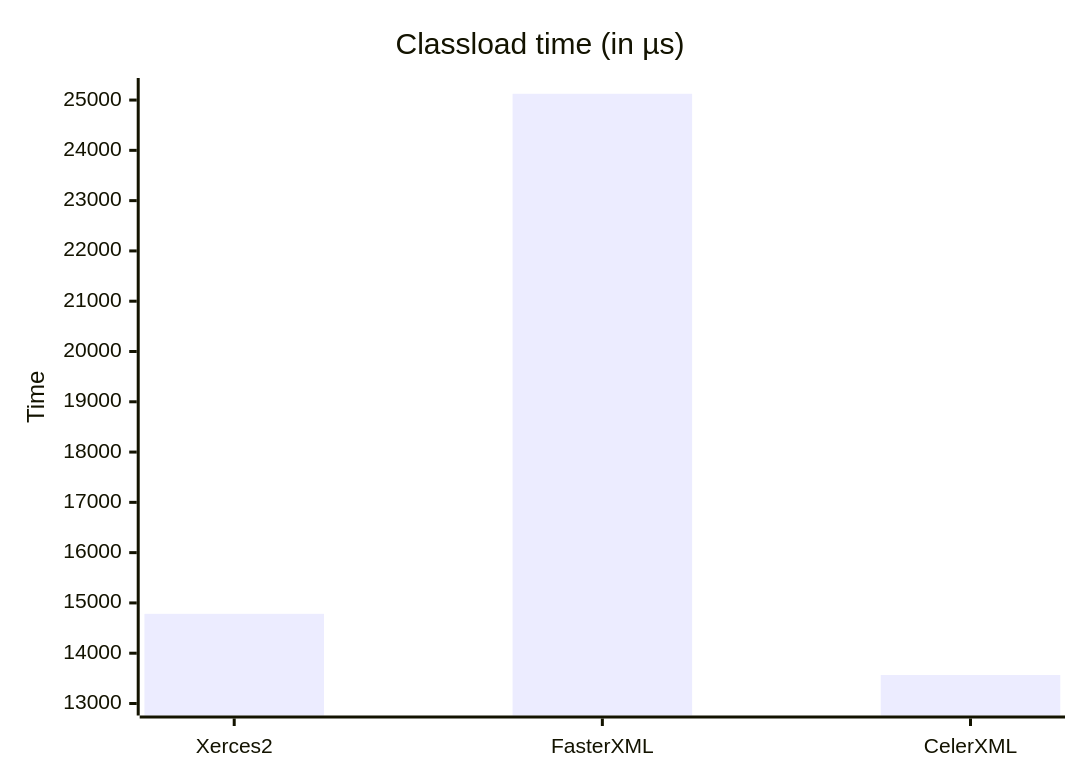
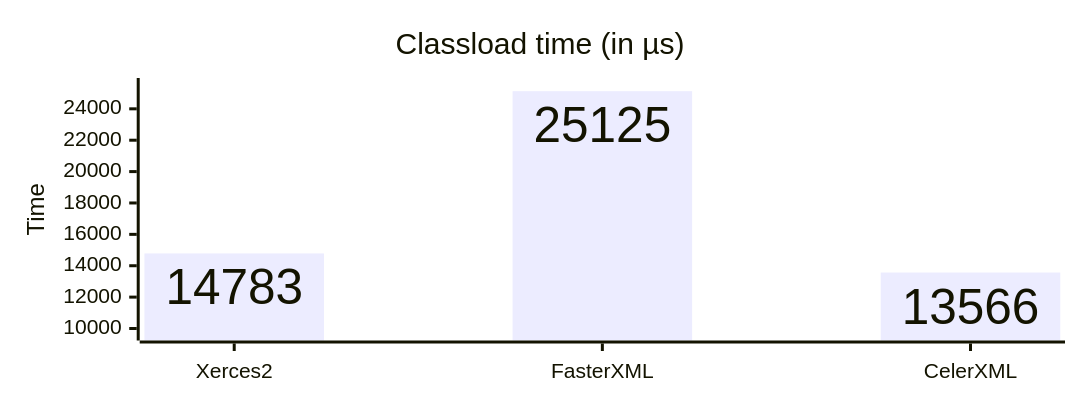
The third of 3 diagrams in benchmark/README.md (celersms/celerxml), drawn with Mermaid before and after one commit. The commit also changed other lines of this file, not shown here.

````diff
--- a/benchmark/README.md
+++ b/benchmark/README.md
@@ -33,7 +45,13 @@
 ```mermaid
+---
+config:
+  xyChart:
+    height: 250
+    showDataLabel: true
+---
 xychart
     title "Classload time (in µs)"
     x-axis [Xerces2, FasterXML, CelerXML]
-    y-axis Time 13000 --> 25200
+    y-axis Time 10000 --> 25200
     bar [14783, 25125, 13566]
 ```
````
